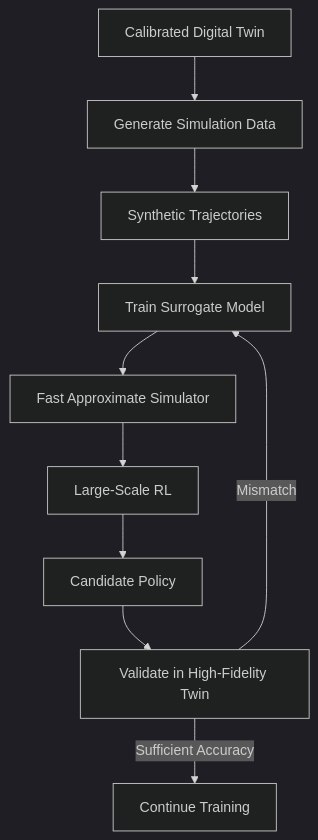
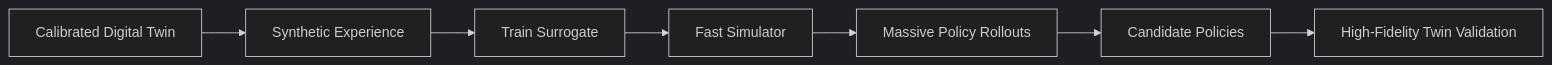
The eighth of 15 diagrams in docs/specs/post-demo/lunch_robotics.md (Freelunch-AI/freelunch-ide), drawn with Mermaid (dark theme) before and after one commit. The commit also changed other lines of this file, not shown here.

````diff
--- a/docs/specs/post-demo/lunch_robotics.md
+++ b/docs/specs/post-demo/lunch_robotics.md
@@ -233,14 +594,13 @@
 ```mermaid
-flowchart TD
-    A["Calibrated Digital Twin"] --> B["Generate Simulation Data"]
-    B --> C["Synthetic Trajectories"]
-    C --> D["Train Surrogate Model"]
-    D --> E["Fast Approximate Simulator"]
+flowchart LR
+    A["Calibrated Digital Twin"]
+    --> B["Synthetic Experience"]
 
-    E --> F["Large-Scale RL"]
-    F --> G["Candidate Policy"]
+    B --> C["Train Surrogate"]
+    C --> D["Fast Simulator"]
 
-    G --> H["Validate in High-Fidelity Twin"]
-    H -->|"Mismatch"| D
-    H -->|"Sufficient Accuracy"| I["Continue Training"]
+    D --> E["Massive Policy Rollouts"]
+    E --> F["Candidate Policies"]
+
+    F --> G["High-Fidelity Twin Validation"]
 ```
````
